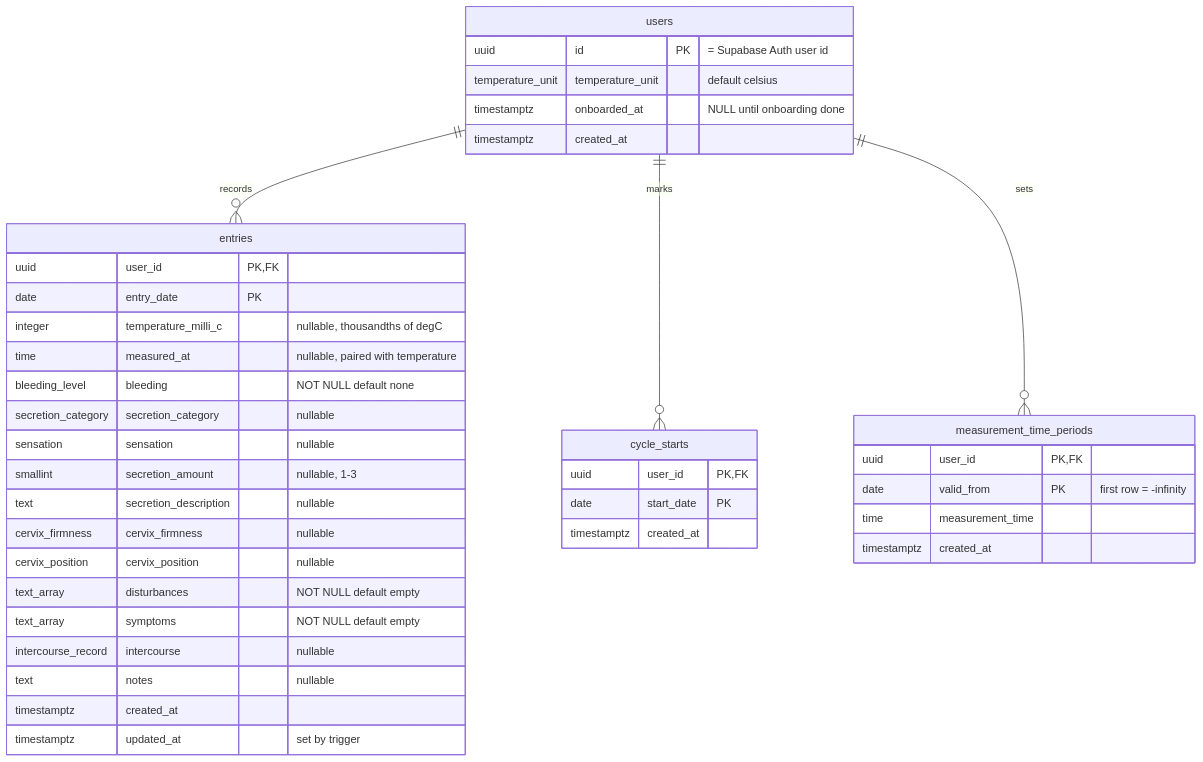
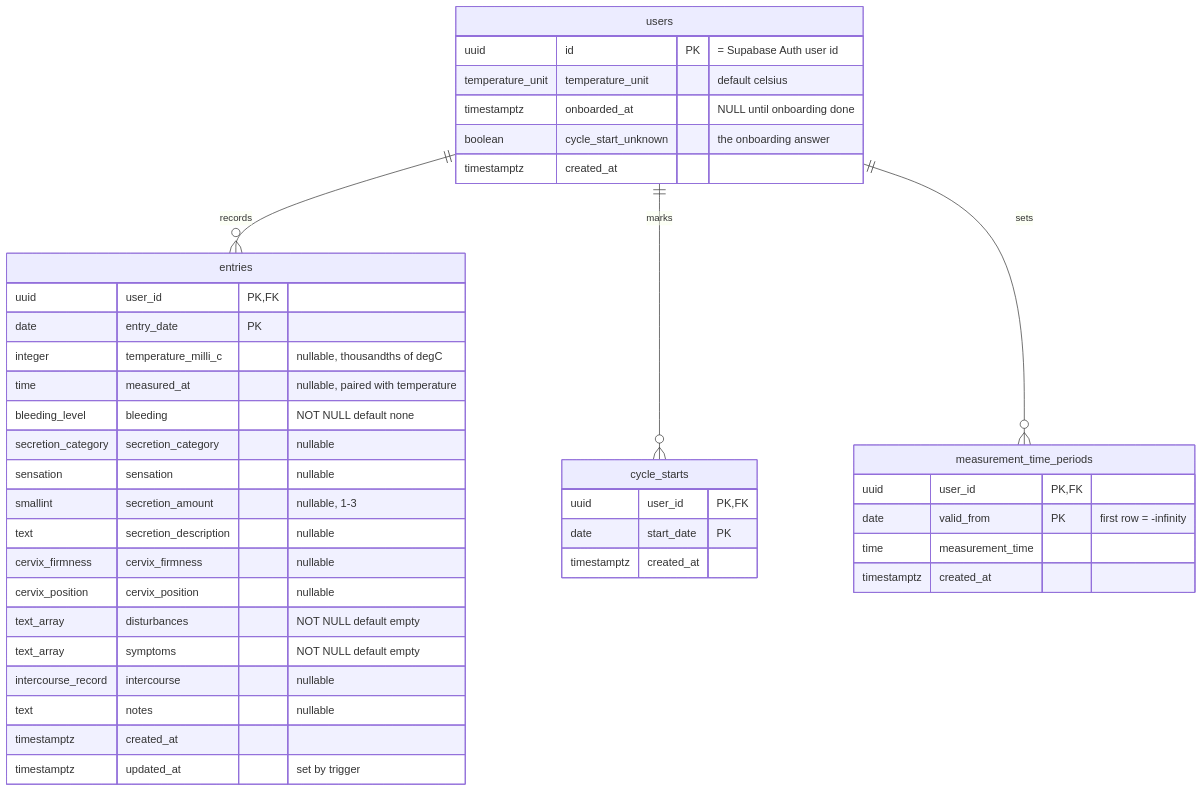
Before and after one commit to peerbenmoshe/madam: the diagram in docs/data-model.md, drawn with Mermaid. The commit also changed other lines of this file and 6 other files, not shown here.

````diff
--- a/docs/data-model.md
+++ b/docs/data-model.md
@@ -50,46 +54,47 @@
 ```mermaid
 erDiagram
     users ||--o{ entries : "records"
     users ||--o{ cycle_starts : "marks"
     users ||--o{ measurement_time_periods : "sets"
 
     users {
         uuid id PK "= Supabase Auth user id"
         temperature_unit temperature_unit "default celsius"
         timestamptz onboarded_at "NULL until onboarding done"
+        boolean cycle_start_unknown "the onboarding answer"
         timestamptz created_at
     }
 
     entries {
         uuid user_id PK,FK
         date entry_date PK
         integer temperature_milli_c "nullable, thousandths of degC"
         time measured_at "nullable, paired with temperature"
         bleeding_level bleeding "NOT NULL default none"
         secretion_category secretion_category "nullable"
         sensation sensation "nullable"
         smallint secretion_amount "nullable, 1-3"
         text secretion_description "nullable"
         cervix_firmness cervix_firmness "nullable"
         cervix_position cervix_position "nullable"
         text_array disturbances "NOT NULL default empty"
         text_array symptoms "NOT NULL default empty"
         intercourse_record intercourse "nullable"
         text notes "nullable"
         timestamptz created_at
         timestamptz updated_at "set by trigger"
     }
 
     cycle_starts {
         uuid user_id PK,FK
         date start_date PK
         timestamptz created_at
     }
 
     measurement_time_periods {
         uuid user_id PK,FK
         date valid_from PK "first row = -infinity"
         time measurement_time
         timestamptz created_at
     }
 ```
````
